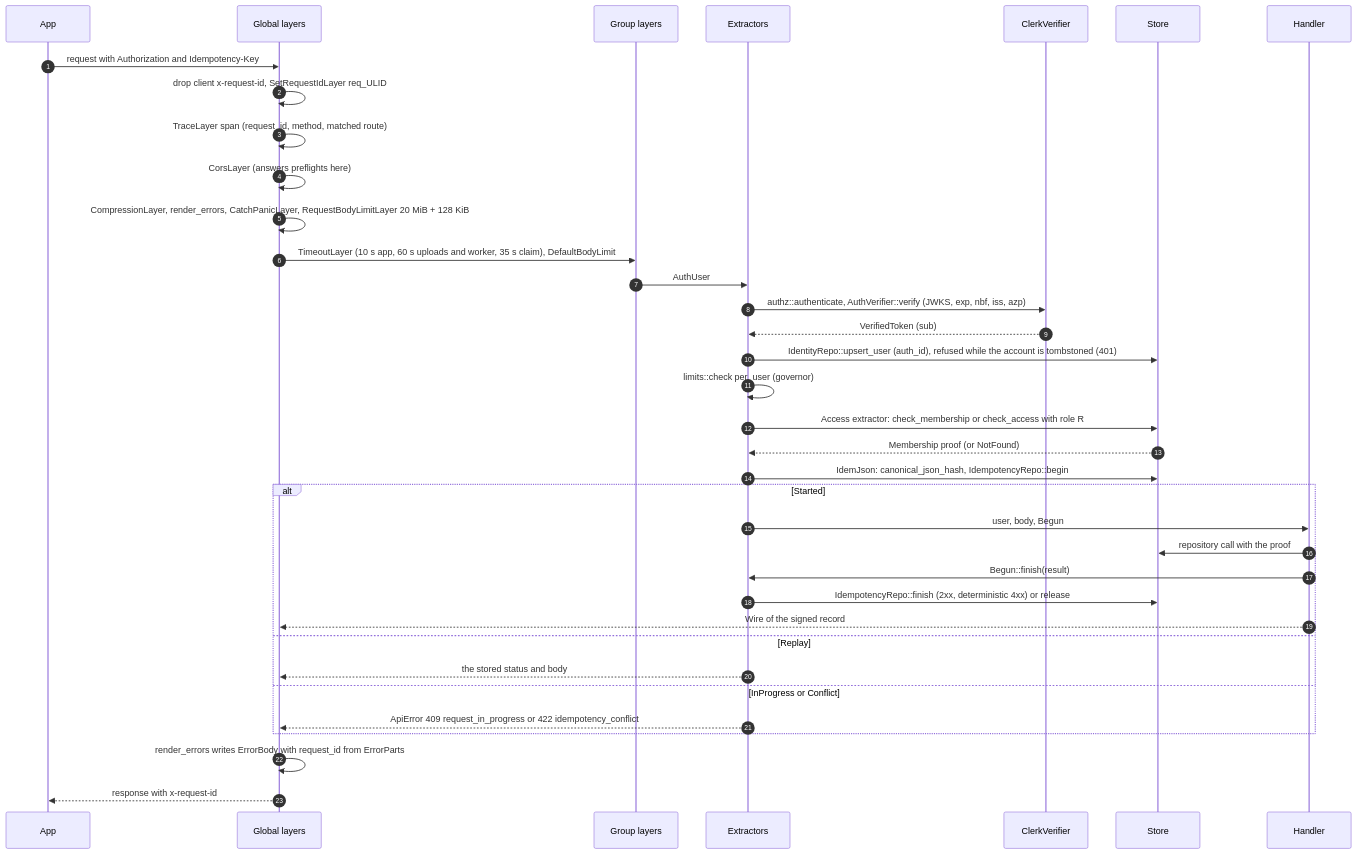
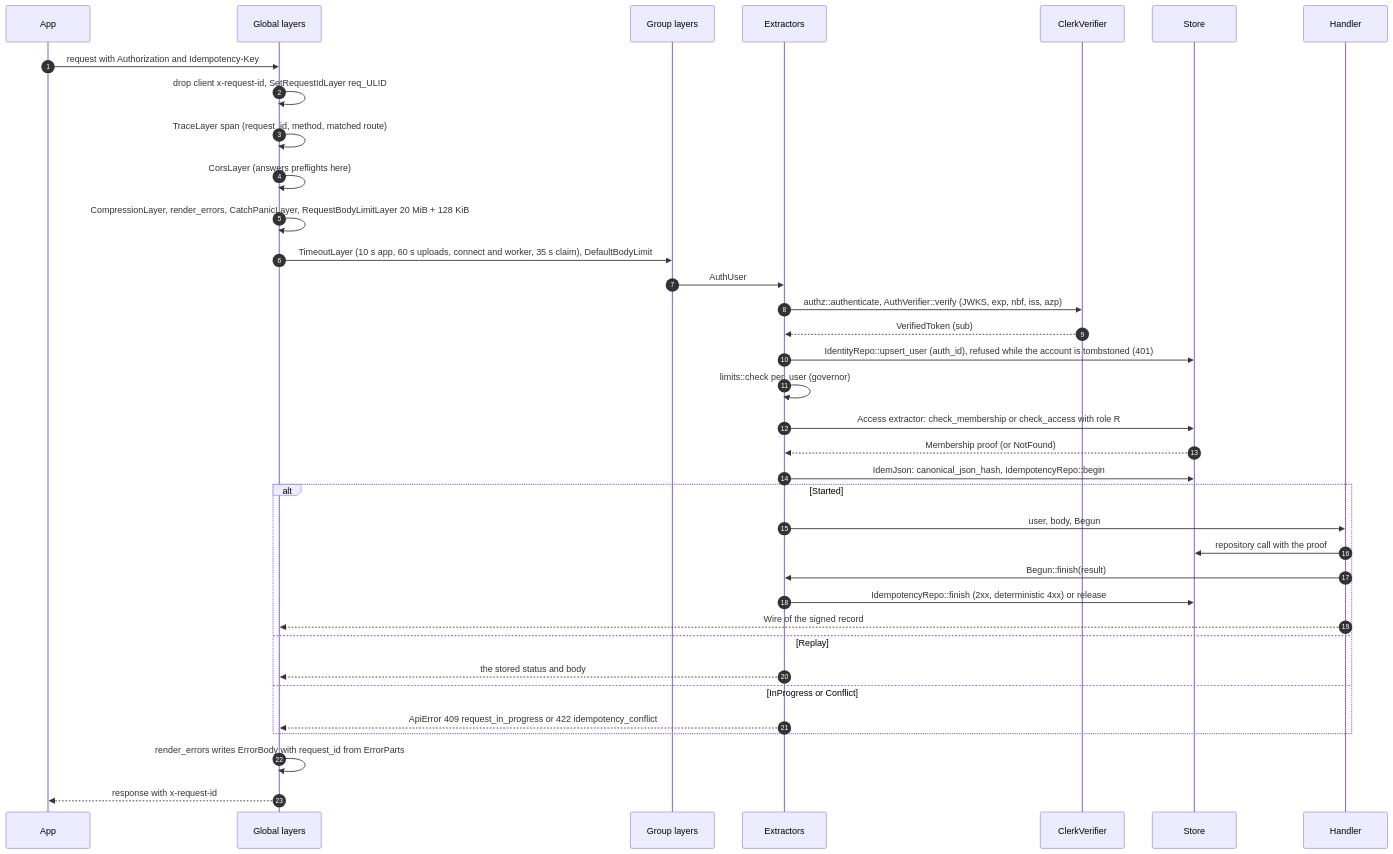
Before and after one commit to aacruzgon/GreenLens: the first of 33 diagrams in docs/backend/flows.md, drawn with Mermaid. The commit also changed 6 other files, not shown here.

````diff
--- a/docs/backend/flows.md
+++ b/docs/backend/flows.md
@@ -65,38 +65,38 @@
 ```mermaid
 sequenceDiagram
     autonumber
     participant App
     participant Layers as Global layers
     participant Group as Group layers
     participant Ext as Extractors
     participant Ints as ClerkVerifier
     participant Store
     participant Handler
     App->>Layers: request with Authorization and Idempotency-Key
     Layers->>Layers: drop client x-request-id, SetRequestIdLayer req_ULID
     Layers->>Layers: TraceLayer span (request_id, method, matched route)
     Layers->>Layers: CorsLayer (answers preflights here)
     Layers->>Layers: CompressionLayer, render_errors, CatchPanicLayer, RequestBodyLimitLayer 20 MiB + 128 KiB
-    Layers->>Group: TimeoutLayer (10 s app, 60 s uploads and worker, 35 s claim), DefaultBodyLimit
+    Layers->>Group: TimeoutLayer (10 s app, 60 s uploads, connect and worker, 35 s claim), DefaultBodyLimit
     Group->>Ext: AuthUser
     Ext->>Ints: authz::authenticate, AuthVerifier::verify (JWKS, exp, nbf, iss, azp)
     Ints-->>Ext: VerifiedToken (sub)
     Ext->>Store: IdentityRepo::upsert_user (auth_id), refused while the account is tombstoned (401)
     Ext->>Ext: limits::check per_user (governor)
     Ext->>Store: Access extractor: check_membership or check_access with role R
     Store-->>Ext: Membership proof (or NotFound)
     Ext->>Store: IdemJson: canonical_json_hash, IdempotencyRepo::begin
     alt Started
         Ext->>Handler: user, body, Begun
         Handler->>Store: repository call with the proof
         Handler->>Ext: Begun::finish(result)
         Ext->>Store: IdempotencyRepo::finish (2xx, deterministic 4xx) or release
         Handler-->>Layers: Wire of the signed record
     else Replay
         Ext-->>Layers: the stored status and body
     else InProgress or Conflict
         Ext-->>Layers: ApiError 409 request_in_progress or 422 idempotency_conflict
     end
     Layers->>Layers: render_errors writes ErrorBody with request_id from ErrorParts
     Layers-->>App: response with x-request-id
 ```
````
